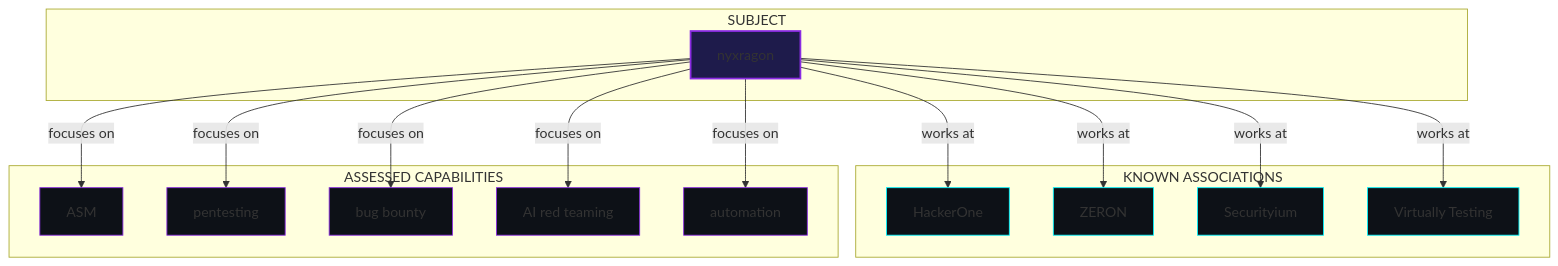
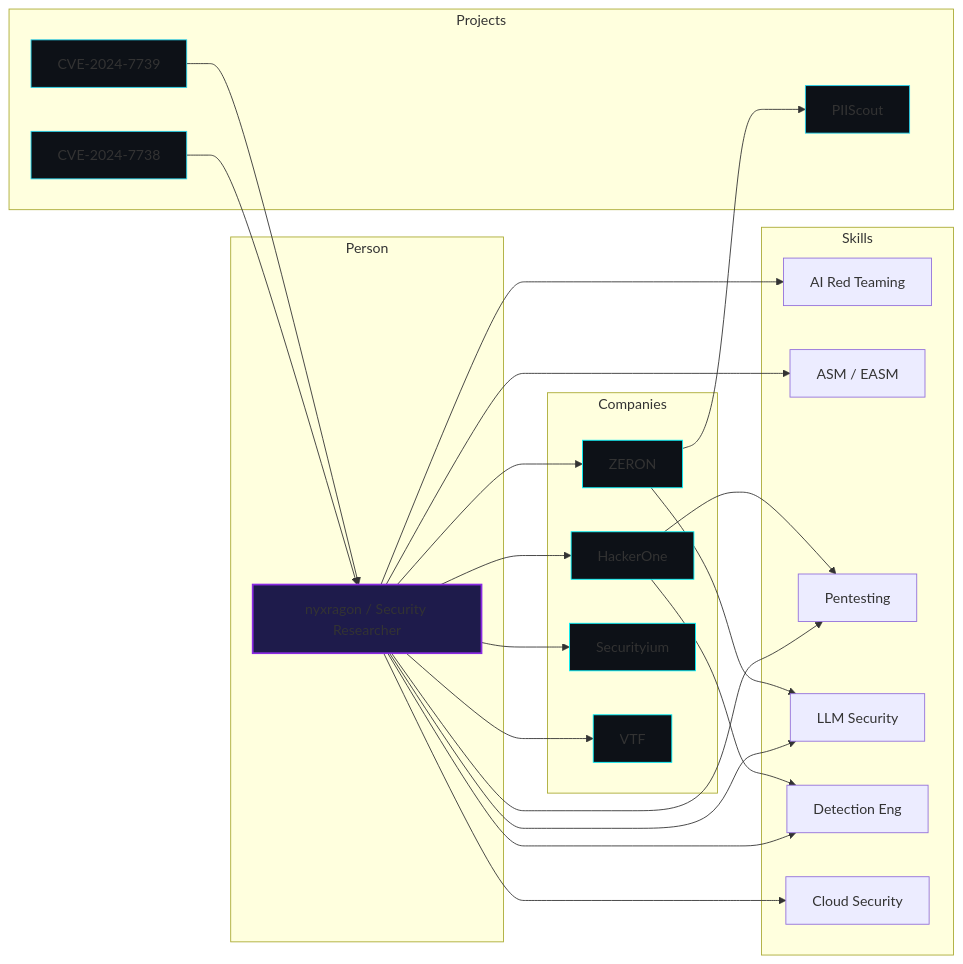
One commit to nyxragon/nyxragon changed the diagram in README.md. Above: the diagram before and after it, drawn with Mermaid. The commit also changed other lines of this file and 2 other files, not shown here.

Commit message:
experiment

````diff
--- a/README.md
+++ b/README.md
@@ -18,38 +18,53 @@
 ```mermaid
-graph TB
-  subgraph subject [SUBJECT]
-    S[nyxragon]
+graph LR
+  subgraph Person
+    A[nyxragon / Security Researcher]
   end
-  subgraph affiliations [KNOWN ASSOCIATIONS]
-    A1[HackerOne]
-    A2[ZERON]
-    A3[Securityium]
-    A4[Virtually Testing]
+
+  subgraph Companies
+    H[HackerOne]
+    Z[ZERON]
+    S[Securityium]
+    V[VTF]
   end
-  subgraph capabilities [ASSESSED CAPABILITIES]
-    C1[ASM]
-    C2[pentesting]
-    C3[bug bounty]
-    C4[AI red teaming]
-    C5[automation]
+
+  subgraph Skills
+    AI[AI Red Teaming]
+    ASM[ASM / EASM]
+    PENT[Pentesting]
+    LLM[LLM Security]
+    DET[Detection Eng]
+    CLOUD[Cloud Security]
   end
-  S -->|works at| A1
-  S -->|works at| A2
-  S -->|works at| A3
-  S -->|works at| A4
-  S -->|focuses on| C1
-  S -->|focuses on| C2
-  S -->|focuses on| C3
-  S -->|focuses on| C4
-  S -->|focuses on| C5
-  style S fill:#1e1b4b,stroke:#8A2BE2,stroke-width:2px
-  style A1 fill:#0d1117,stroke:#00F5FF
-  style A2 fill:#0d1117,stroke:#00F5FF
-  style A3 fill:#0d1117,stroke:#00F5FF
-  style A4 fill:#0d1117,stroke:#00F5FF
-  style C1 fill:#0d1117,stroke:#8A2BE2
-  style C2 fill:#0d1117,stroke:#8A2BE2
-  style C3 fill:#0d1117,stroke:#8A2BE2
-  style C4 fill:#0d1117,stroke:#8A2BE2
-  style C5 fill:#0d1117,stroke:#8A2BE2
+
+  subgraph Projects
+    CVE1["CVE-2024-7739"]
+    CVE2["CVE-2024-7738"]
+    PIIS["PIIScout"]
+  end
+
+  A --> H
+  A --> Z
+  A --> S
+  A --> V
+  Z --> PIIS
+  Z --> LLM
+  H --> PENT
+  H --> DET
+  A --> AI
+  A --> ASM
+  A --> LLM
+  A --> CLOUD
+  A --> PENT
+  A --> DET
+  CVE1 --> A
+  CVE2 --> A
+  style A fill:#1e1b4b,stroke:#8A2BE2,stroke-width:2px
+  style H fill:#0d1117,stroke:#00F5FF
+  style Z fill:#0d1117,stroke:#00F5FF
+  style S fill:#0d1117,stroke:#00F5FF
+  style V fill:#0d1117,stroke:#00F5FF
+  style CVE1 fill:#0d1117,stroke:#22d3ee
+  style CVE2 fill:#0d1117,stroke:#22d3ee
+  style PIIS fill:#0d1117,stroke:#22d3ee
 ```
````
